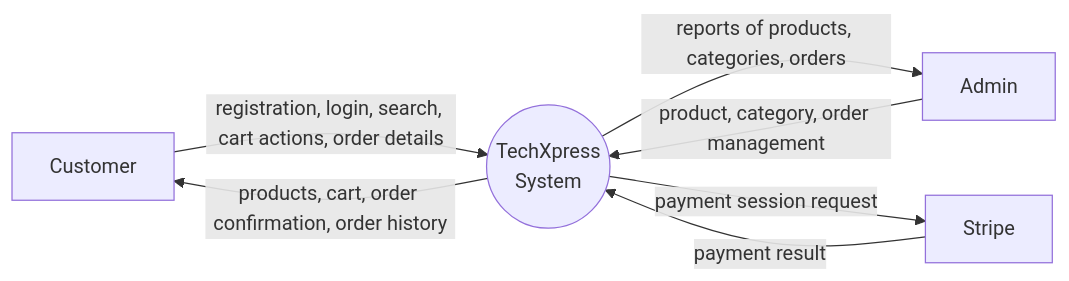
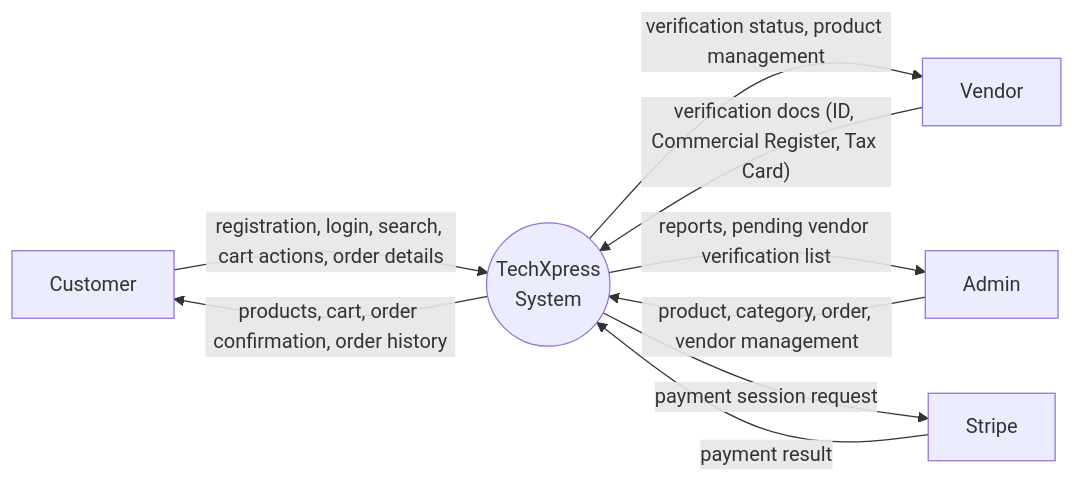
The first of 10 diagrams in docs/System-Analysis-Design/04-Behavior-Diagrams.md (ahmadalrudiny/Techxpress_DEPI_Project), drawn with Mermaid before and after one commit. The commit also changed other lines of this file, not shown here.

````diff
--- a/docs/System-Analysis-Design/04-Behavior-Diagrams.md
+++ b/docs/System-Analysis-Design/04-Behavior-Diagrams.md
@@ -5,14 +5,17 @@
 ```mermaid
 flowchart LR
     CUS["Customer"]
+    VEN["Vendor"]
     ADM["Admin"]
     STR["Stripe"]
     SYS(("TechXpress<br/>System"))
 
     CUS -->|registration, login, search, cart actions, order details| SYS
     SYS -->|products, cart, order confirmation, order history| CUS
-    ADM -->|product, category, order management| SYS
-    SYS -->|reports of products, categories, orders| ADM
+    VEN -->|"verification docs (ID, Commercial Register, Tax Card)"| SYS
+    SYS -->|verification status, product management| VEN
+    ADM -->|product, category, order, vendor management| SYS
+    SYS -->|reports, pending vendor verification list| ADM
     SYS -->|payment session request| STR
     STR -->|payment result| SYS
 ```
````
